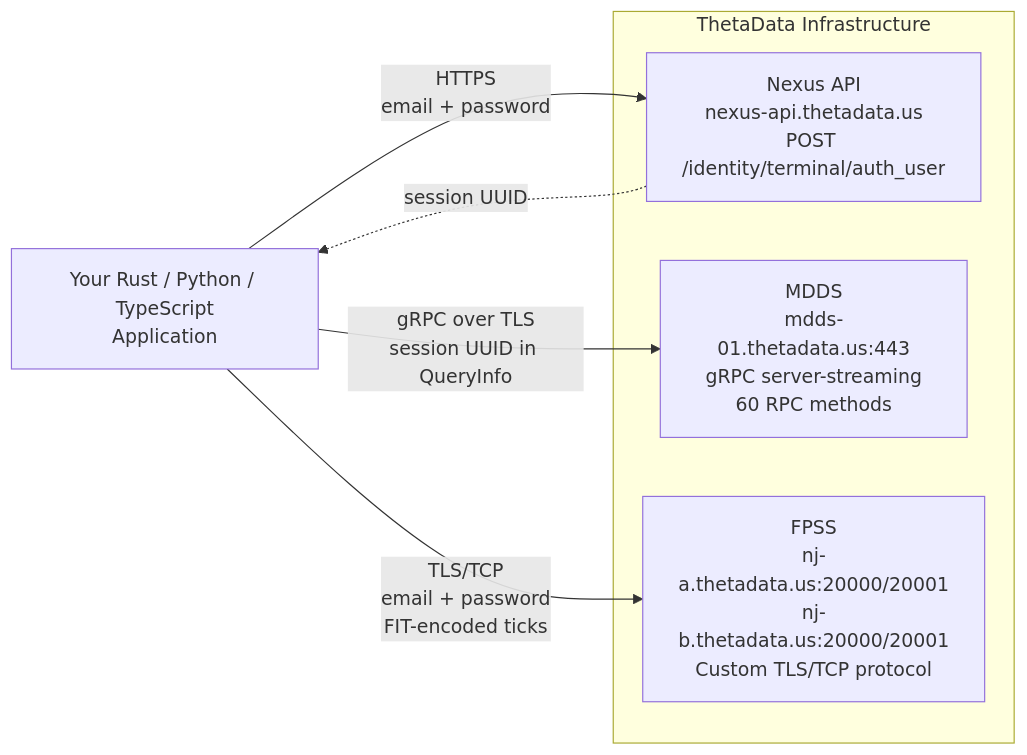
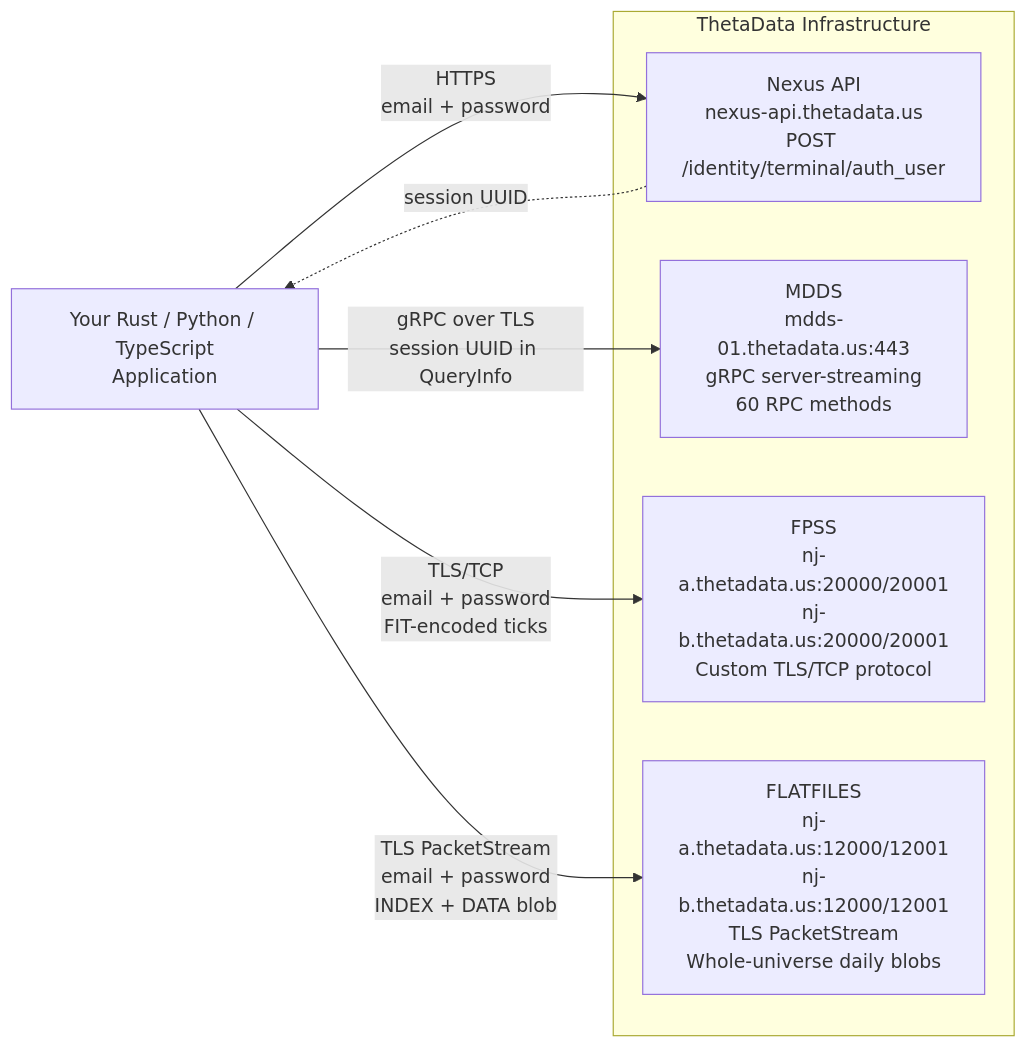
The first of 15 diagrams in docs/architecture.md (userFRM/ThetaDataDx), drawn with Mermaid before and after one commit. The commit also changed 17 other files, not shown here.

First line of the commit message:
docs(repo): document FLATFILES surface across READMEs, roadmap, and changelog (#447)

````diff
--- a/docs/architecture.md
+++ b/docs/architecture.md
@@ -5,16 +5,18 @@
 ```mermaid
 graph LR
     App["Your Rust / Python / TypeScript<br/>Application"]
 
     subgraph ThetaData Infrastructure
         Nexus["Nexus API<br/>nexus-api.thetadata.us<br/>POST /identity/terminal/auth_user"]
         MDDS["MDDS<br/>mdds-01.thetadata.us:443<br/>gRPC server-streaming<br/>60 RPC methods"]
         FPSS["FPSS<br/>nj-a.thetadata.us:20000/20001<br/>nj-b.thetadata.us:20000/20001<br/>Custom TLS/TCP protocol"]
+        FLATFILES["FLATFILES<br/>nj-a.thetadata.us:12000/12001<br/>nj-b.thetadata.us:12000/12001<br/>TLS PacketStream<br/>Whole-universe daily blobs"]
     end
 
     App -->|"HTTPS<br/>email + password"| Nexus
     App -->|"gRPC over TLS<br/>session UUID in QueryInfo"| MDDS
     App -->|"TLS/TCP<br/>email + password<br/>FIT-encoded ticks"| FPSS
+    App -->|"TLS PacketStream<br/>email + password<br/>INDEX + DATA blob"| FLATFILES
 
     Nexus -. "session UUID" .-> App
 ```
````
